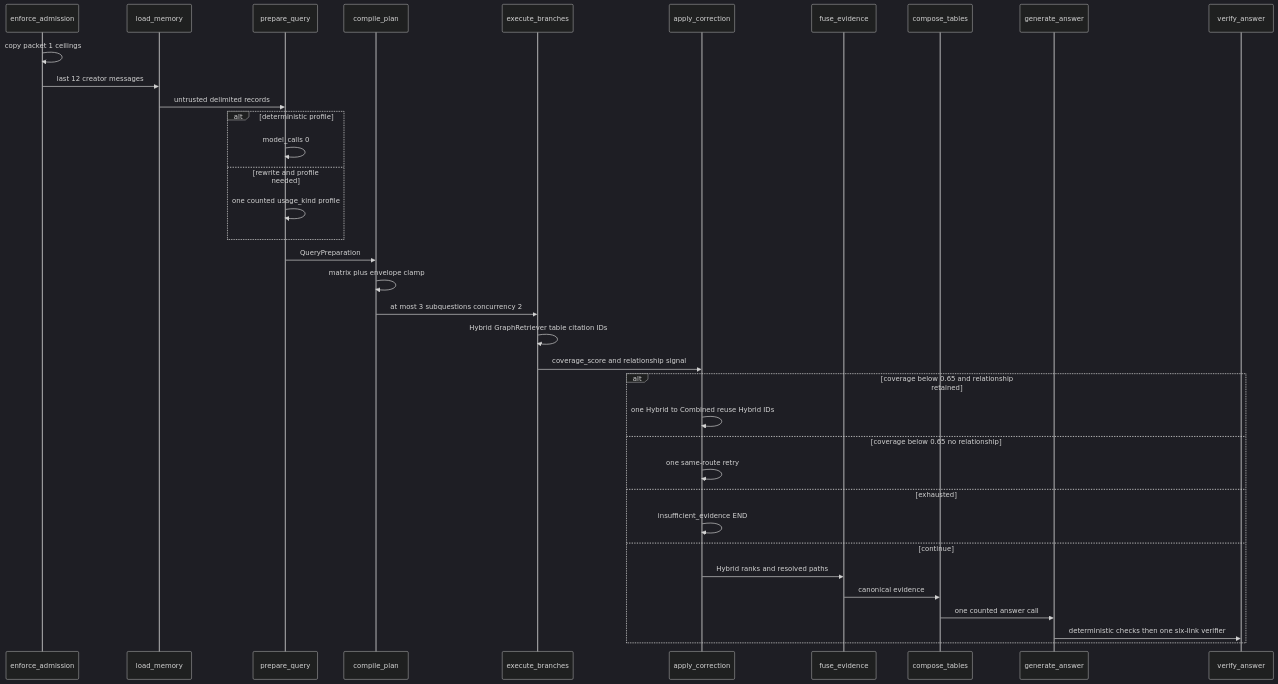
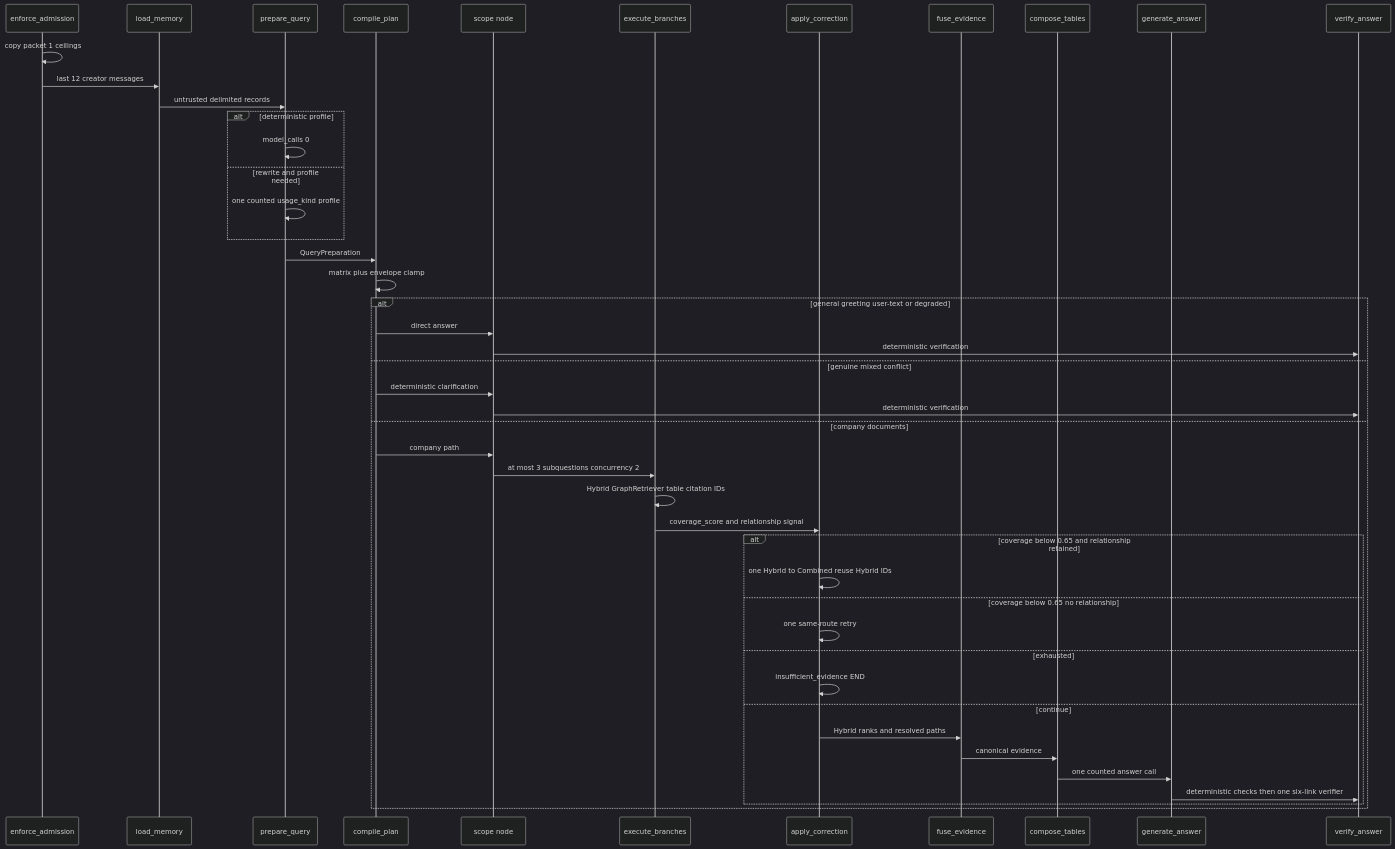
Before and after one commit to Nagdy8888/smart-rag: the second of 2 diagrams in docs/agent/QUERY_ROUTING.md, drawn with Mermaid (dark theme). The commit also changed other lines of this file and 49 other files, not shown here.

````diff
--- a/docs/agent/QUERY_ROUTING.md
+++ b/docs/agent/QUERY_ROUTING.md
@@ -144,39 +158,49 @@
 ```mermaid
 sequenceDiagram
   participant Admit as enforce_admission
   participant Mem as load_memory
   participant Prep as prepare_query
   participant Plan as compile_plan
+  participant Scope as scope node
   participant Br as execute_branches
   participant Corr as apply_correction
   participant Fuse as fuse_evidence
   participant Tables as compose_tables
   participant Ans as generate_answer
   participant Ver as verify_answer
 
   Admit->>Admit: copy packet 1 ceilings
   Admit->>Mem: last 12 creator messages
   Mem->>Prep: untrusted delimited records
   alt deterministic profile
     Prep->>Prep: model_calls 0
   else rewrite and profile needed
     Prep->>Prep: one counted usage_kind profile
   end
   Prep->>Plan: QueryPreparation
   Plan->>Plan: matrix plus envelope clamp
-  Plan->>Br: at most 3 subquestions concurrency 2
-  Br->>Br: Hybrid GraphRetriever table citation IDs
-  Br->>Corr: coverage_score and relationship signal
-  alt coverage below 0.65 and relationship retained
-    Corr->>Corr: one Hybrid to Combined reuse Hybrid IDs
-  else coverage below 0.65 no relationship
-    Corr->>Corr: one same-route retry
-  else exhausted
-    Corr->>Corr: insufficient_evidence END
-  else continue
-    Corr->>Fuse: Hybrid ranks and resolved paths
-    Fuse->>Tables: canonical evidence
-    Tables->>Ans: one counted answer call
-    Ans->>Ver: deterministic checks then one six-link verifier
+  alt general greeting user-text or degraded
+    Plan->>Scope: direct answer
+    Scope->>Ver: deterministic verification
+  else genuine mixed conflict
+    Plan->>Scope: deterministic clarification
+    Scope->>Ver: deterministic verification
+  else company documents
+    Plan->>Scope: company path
+    Scope->>Br: at most 3 subquestions concurrency 2
+    Br->>Br: Hybrid GraphRetriever table citation IDs
+    Br->>Corr: coverage_score and relationship signal
+    alt coverage below 0.65 and relationship retained
+      Corr->>Corr: one Hybrid to Combined reuse Hybrid IDs
+    else coverage below 0.65 no relationship
+      Corr->>Corr: one same-route retry
+    else exhausted
+      Corr->>Corr: insufficient_evidence END
+    else continue
+      Corr->>Fuse: Hybrid ranks and resolved paths
+      Fuse->>Tables: canonical evidence
+      Tables->>Ans: one counted answer call
+      Ans->>Ver: deterministic checks then one six-link verifier
+    end
   end
 ```
````
